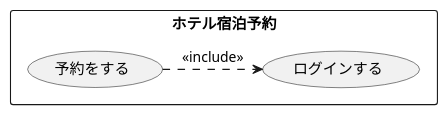
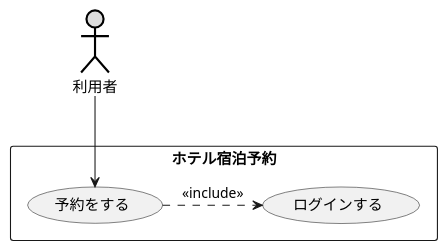
The diagram in 演習2-3_ホテル宿泊予約.pu (YumaSatou/uml-introduction), drawn with PlantUML before and after one commit.

Commit message:
アクターの追加

```diff
--- a/演習2-3_ホテル宿泊予約.pu
+++ b/演習2-3_ホテル宿泊予約.pu
@@ -1,9 +1,11 @@
 @startuml ユースケース図
 ' left to right direction
+actor 利用者#DDDDDD;line:black;line.bold;
 rectangle ホテル宿泊予約{
 usecase ログインする
 usecase 予約をする
 }
+利用者 -->予約をする
 予約をする.> ログインする : << include >>
 
 @enduml
```
